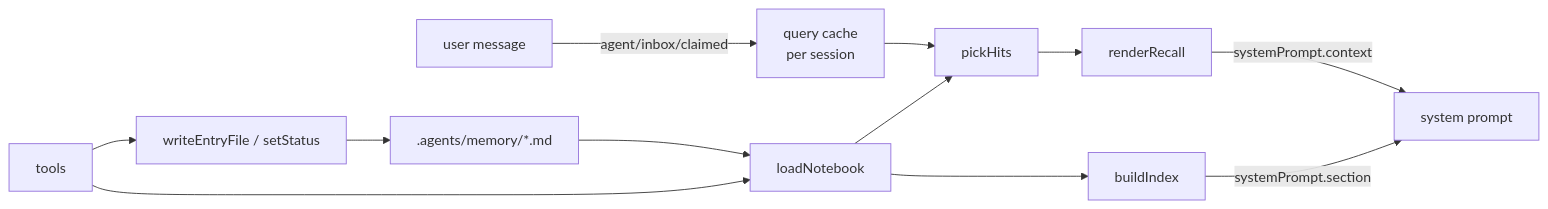
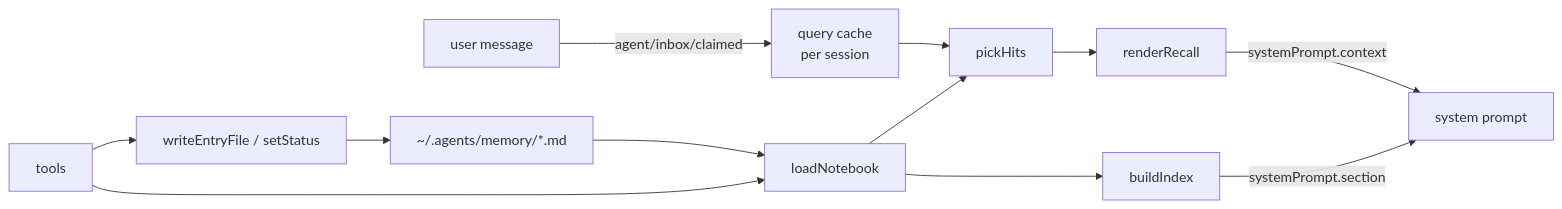
Before and after one commit to FrozenYty/dsh-memory: the first of 2 diagrams in docs/architecture-en.md, drawn with Mermaid. The commit also changed other lines of this file and 13 other files, not shown here.

````diff
--- a/docs/architecture-en.md
+++ b/docs/architecture-en.md
@@ -152,14 +152,14 @@
 ```mermaid
 flowchart LR
   U[user message] -->|agent/inbox/claimed| Q[query cache<br/>per session]
-  N[.agents/memory/*.md] --> L[loadNotebook]
+  N[~/.agents/memory/*.md] --> L[loadNotebook]
   L --> I[buildIndex]
   I -->|systemPrompt.section| P[system prompt]
   Q --> M[pickHits]
   L --> M
   M --> R[renderRecall]
   R -->|systemPrompt.context| P
   T[tools] --> L
   T --> W[writeEntryFile / setStatus]
   W --> N
 ```
````
